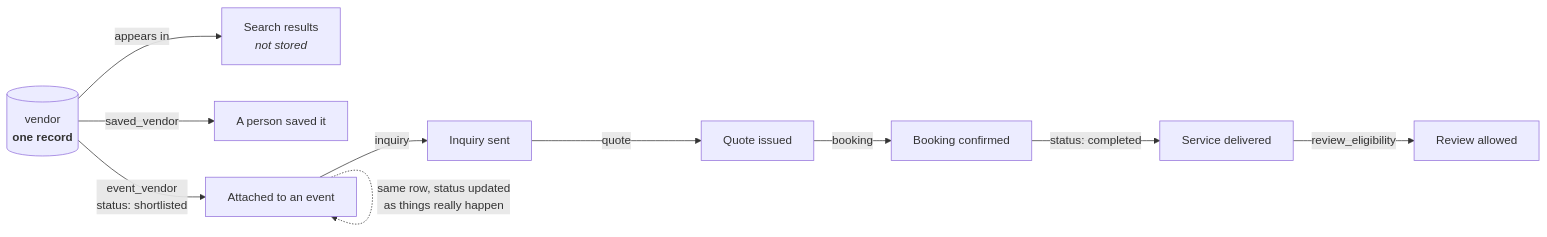
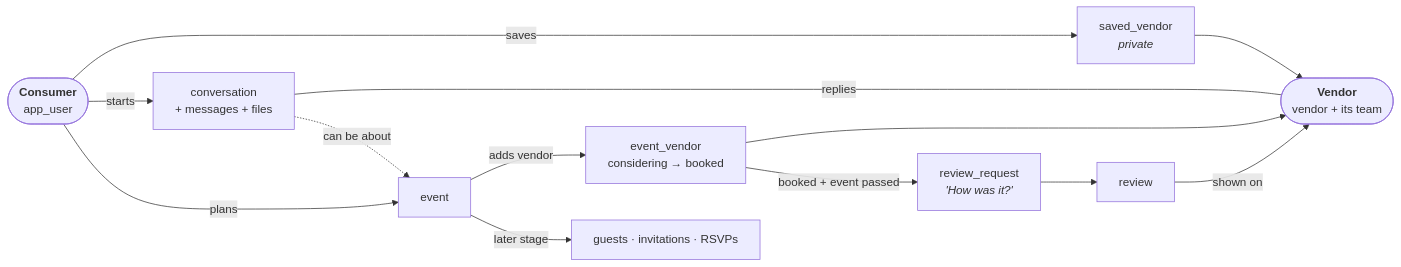
Before and after one commit to supportlocalites/betalocalites: the first of 6 diagrams in docs/B-domain-and-data-model.md, drawn with Mermaid. The commit also changed other lines of this file and 19 other files, not shown here.

````diff
--- a/docs/B-domain-and-data-model.md
+++ b/docs/B-domain-and-data-model.md
@@ -51,15 +39,12 @@
 ```mermaid
 flowchart LR
-    V[("vendor<br/><b>one record</b>")]
+    C(["<b>Consumer</b><br/>app_user"])
+    V(["<b>Vendor</b><br/>vendor + its team"])
 
-    V -->|appears in| S["Search results<br/><i>not stored</i>"]
-    V -->|"saved_vendor"| SV["A person saved it"]
-    V -->|"event_vendor<br/>status: shortlisted"| EV["Attached to an event"]
-    EV -->|"inquiry"| I["Inquiry sent"]
-    I -->|"quote"| Q["Quote issued"]
-    Q -->|"booking"| B["Booking confirmed"]
-    B -->|"status: completed"| C["Service delivered"]
-    C -->|"review_eligibility"| R["Review allowed"]
-
-    EV -.->|"same row, status updated<br/>as things really happen"| EV
+    C -- saves --> SV["saved_vendor<br/><i>private</i>"] --> V
+    C -- starts --> CV["conversation<br/>+ messages + files"] -- replies --- V
+    C -- plans --> E["event"] -- adds vendor --> EV["event_vendor<br/>considering → booked"] --> V
+    CV -. "can be about" .-> E
+    EV -- "booked + event passed" --> RR["review_request<br/><i>'How was it?'</i>"] --> R["review"] -- "shown on" --> V
+    E -- "later stage" --> G["guests · invitations · RSVPs"]
 ```
````
